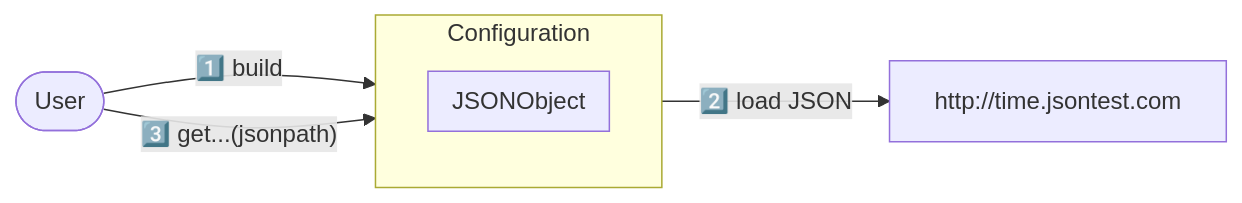
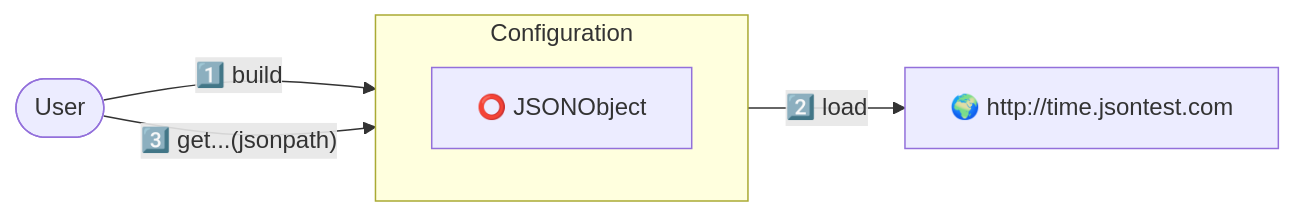
The third of 3 diagrams in README.md (oswaldobapvicjr/confectory), drawn with Mermaid before and after one commit. The commit also changed other lines of this file, not shown here.

Commit message:
Update diagrams and examples

````diff
--- a/README.md
+++ b/README.md
@@ -78,12 +75,10 @@
 ```mermaid
 flowchart LR
   subgraph Configuration
-    direction TB
-    subgraph JSONObject
-        direction RL
-    end
+    direction LR
+    object["⭕ JSONObject"]
   end
-  u([User]) -- 1️⃣ build --> Configuration
-  JSONObject -- 2️⃣ load JSON --> url["http://time.jsontest.com"]
+  u(["User"]) -- 1️⃣ build --> Configuration
+  object -- 2️⃣ load --> file["🌍 http://time.jsontest.com"]
   u -- 3️⃣ get...(jsonpath) --> Configuration
 ```
````
